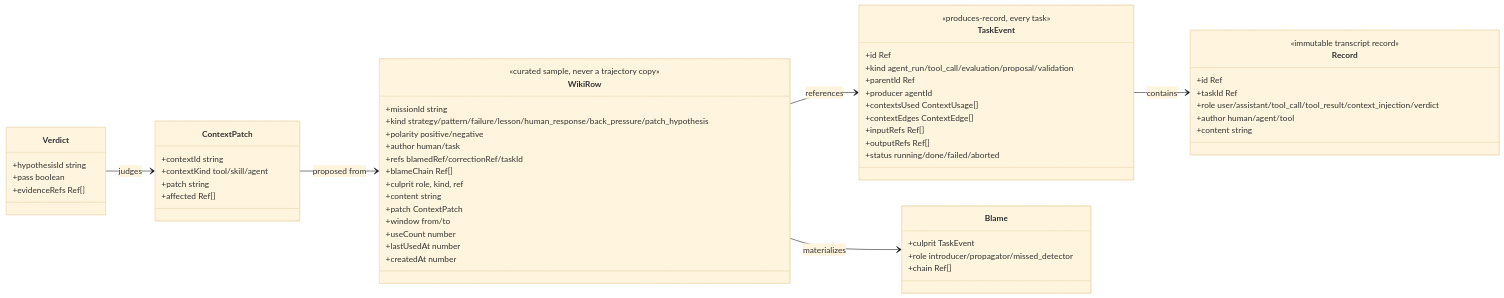
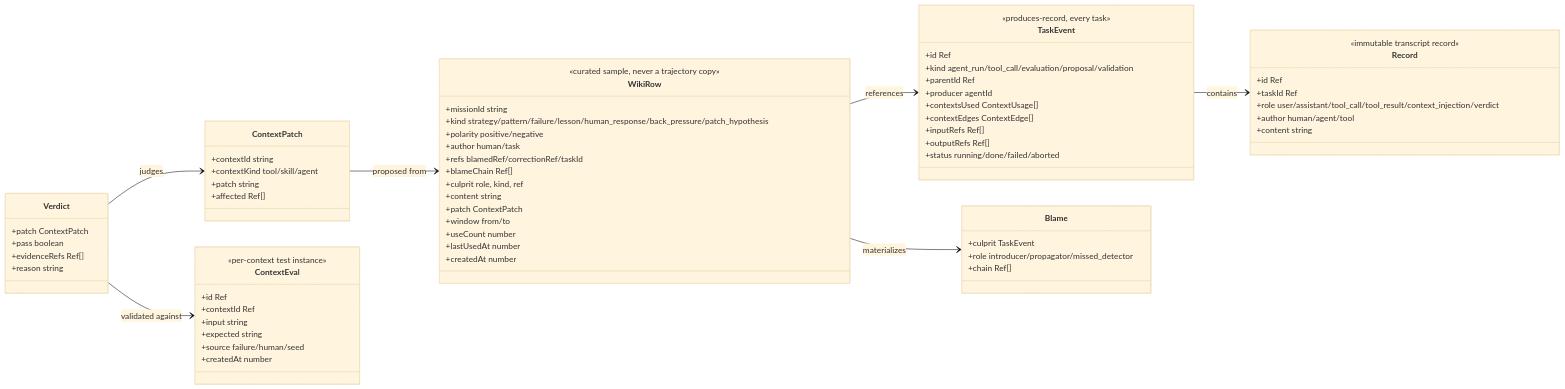
One commit to Ajaya1000/llmx changed the third of 5 diagrams in docs/architecture/evolution-framework.md. Above: the diagram before and after it, drawn with Mermaid (base theme). The commit also changed other lines of this file and 73 other files, not shown here.

````diff
--- a/docs/architecture/evolution-framework.md
+++ b/docs/architecture/evolution-framework.md
@@ -84,68 +100,80 @@
 ```mermaid
 classDiagram
     direction LR
 
     class TaskEvent {
         <<produces-record, every task>>
         +id Ref
         +kind agent_run/tool_call/evaluation/proposal/validation
         +parentId Ref
         +producer agentId
         +contextsUsed ContextUsage[]
         +contextEdges ContextEdge[]
         +inputRefs Ref[]
         +outputRefs Ref[]
         +status running/done/failed/aborted
     }
 
     class Record {
         <<immutable transcript record>>
         +id Ref
         +taskId Ref
         +role user/assistant/tool_call/tool_result/context_injection/verdict
         +author human/agent/tool
         +content string
     }
 
     class WikiRow {
         <<curated sample, never a trajectory copy>>
         +missionId string
         +kind strategy/pattern/failure/lesson/human_response/back_pressure/patch_hypothesis
         +polarity positive/negative
         +author human/task
         +refs blamedRef/correctionRef/taskId
         +blameChain Ref[]
         +culprit role, kind, ref
         +content string
         +patch ContextPatch
         +window from/to
         +useCount number
         +lastUsedAt number
         +createdAt number
     }
 
     class Blame {
         +culprit TaskEvent
         +role introducer/propagator/missed_detector
         +chain Ref[]
     }
 
     class ContextPatch {
         +contextId string
         +contextKind tool/skill/agent
         +patch string
         +affected Ref[]
     }
 
     class Verdict {
-        +hypothesisId string
+        +patch ContextPatch
         +pass boolean
         +evidenceRefs Ref[]
+        +reason string
+    }
+
+    class ContextEval {
+        <<per-context test instance>>
+        +id Ref
+        +contextId Ref
+        +input string
+        +expected string
+        +source failure/human/seed
+        +createdAt number
     }
 
     TaskEvent --> Record : contains
     WikiRow --> TaskEvent : references
     WikiRow --> Blame : materializes
     ContextPatch --> WikiRow : proposed from
     Verdict --> ContextPatch : judges
+    Verdict --> ContextEval : validated against
 ```
````
